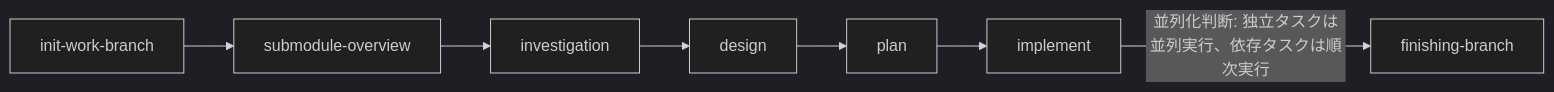
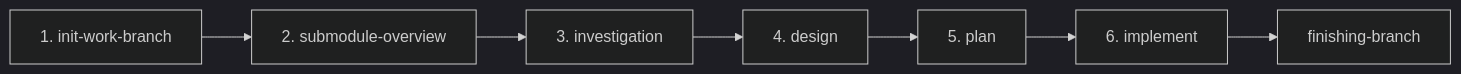
Before and after one commit to NagasakaH/dev-process: the diagram in README.md, drawn with Mermaid (dark theme). The commit also changed other lines of this file and 1 other file, not shown here.

````diff
--- a/README.md
+++ b/README.md
@@ -32,9 +47,9 @@
 ```mermaid
 flowchart LR
-    init[init-work-branch] --> overview[submodule-overview]
-    overview --> investigation[investigation]
-    investigation --> design[design]
-    design --> plan[plan]
-    plan --> implement[implement]
-    implement --> |並列化判断: 独立タスクは並列実行、依存タスクは順次実行| finish[finishing-branch]
+    init[1. init-work-branch] --> overview[2. submodule-overview]
+    overview --> investigation[3. investigation]
+    investigation --> design[4. design]
+    design --> plan[5. plan]
+    plan --> implement[6. implement]
+    implement --> finish[finishing-branch]
 ```
````
